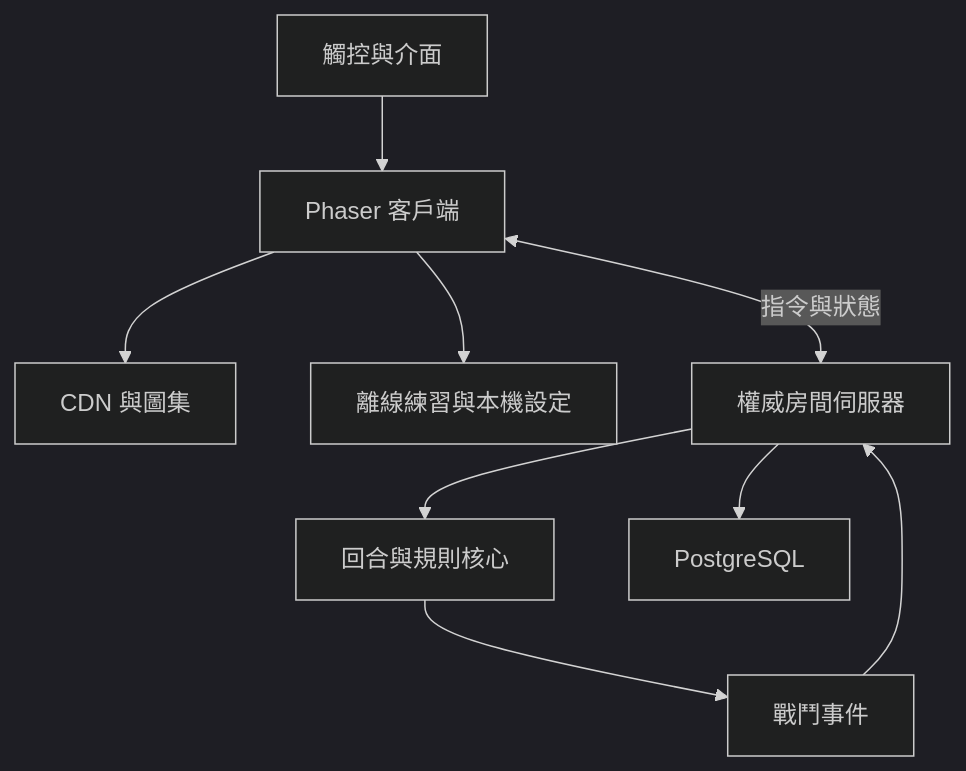
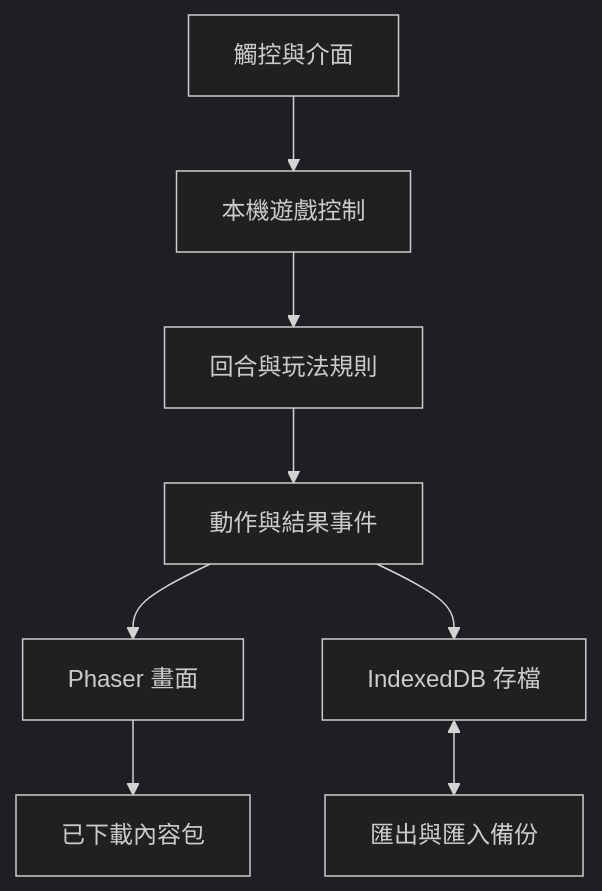
The diagram in docs/04-architecture-and-data.md (BingFengHung/TheGods), drawn with Mermaid (dark theme) before and after one commit. The commit also changed other lines of this file and 47 other files, not shown here.

````diff
--- a/docs/04-architecture-and-data.md
+++ b/docs/04-architecture-and-data.md
@@ -24,11 +24,10 @@
 ```mermaid
 flowchart TD
-    Input["觸控與介面"] --> Client["Phaser 客戶端"]
-    Client --> Assets["CDN 與圖集"]
-    Client --> Local["離線練習與本機設定"]
-    Client <-->|"指令與狀態"| Server["權威房間伺服器"]
-    Server --> Core["回合與規則核心"]
-    Server --> DB["PostgreSQL"]
-    Core --> Events["戰鬥事件"]
-    Events --> Server
+    UI["觸控與介面"] --> Session["本機遊戲控制"]
+    Session --> Rules["回合與玩法規則"]
+    Rules --> Events["動作與結果事件"]
+    Events --> Render["Phaser 畫面"]
+    Events --> Save["IndexedDB 存檔"]
+    Save <--> Backup["匯出與匯入備份"]
+    Render --> Cache["已下載內容包"]
 ```
````
